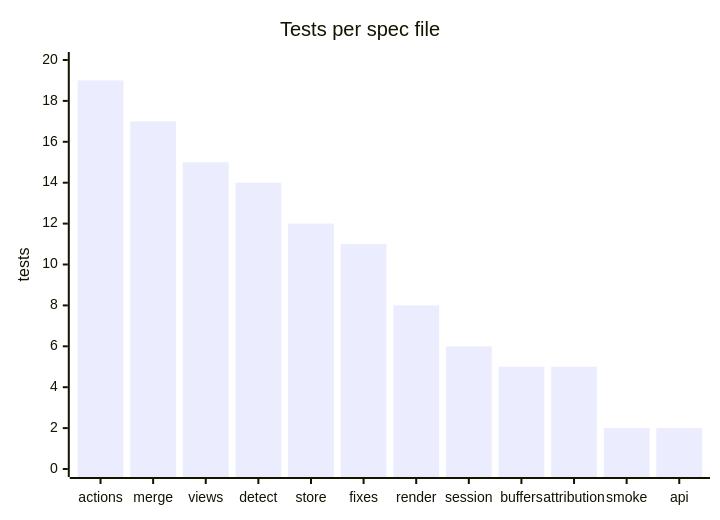
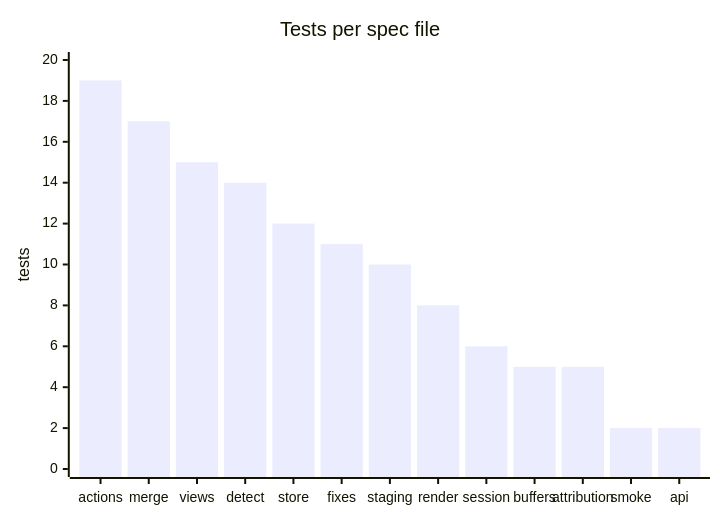
Before and after one commit to RayIci/agentdiff.nvim: the second of 3 diagrams in docs/testing.md, drawn with Mermaid. The commit also changed other lines of this file and 13 other files, not shown here.

````diff
--- a/docs/testing.md
+++ b/docs/testing.md
@@ -41,7 +41,7 @@
 ```mermaid
 xychart-beta
     title "Tests per spec file"
-    x-axis [actions, merge, views, detect, store, fixes, render, session, buffers, attribution, smoke, api]
+    x-axis [actions, merge, views, detect, store, fixes, staging, render, session, buffers, attribution, smoke, api]
     y-axis "tests" 0 --> 20
-    bar [19, 17, 15, 14, 12, 11, 8, 6, 5, 5, 2, 2]
+    bar [19, 17, 15, 14, 12, 11, 10, 8, 6, 5, 5, 2, 2]
 ```
````
